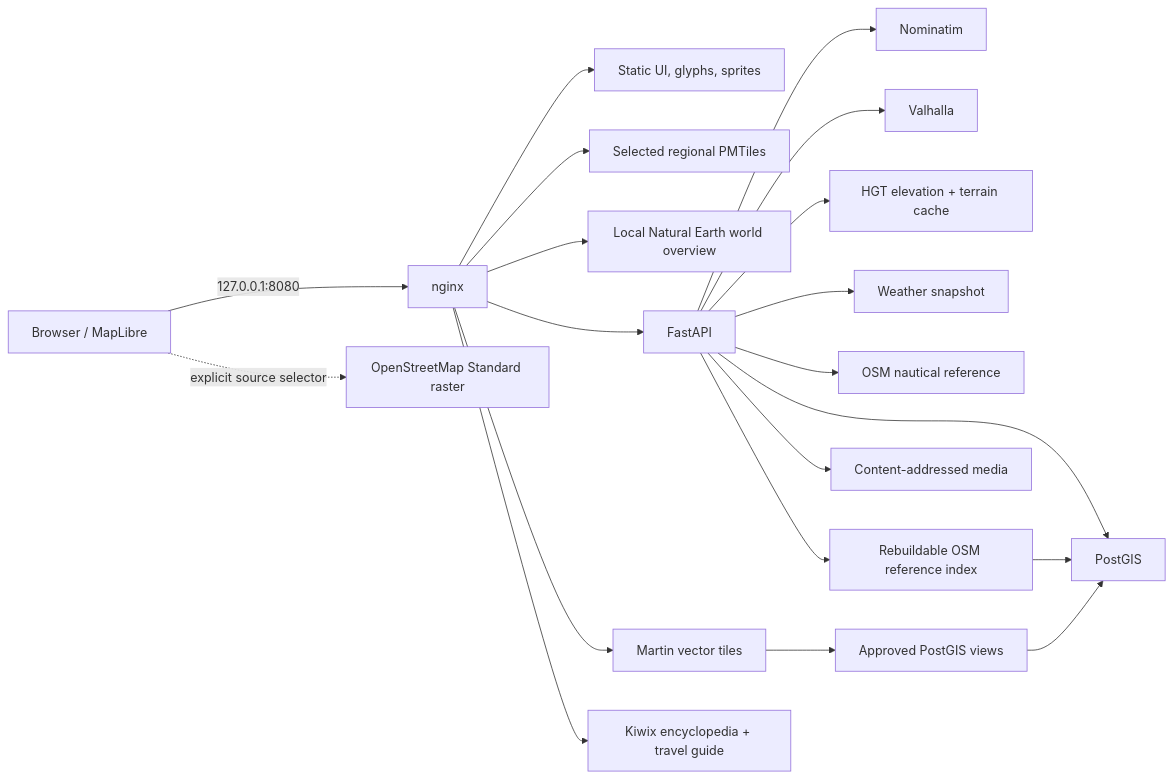
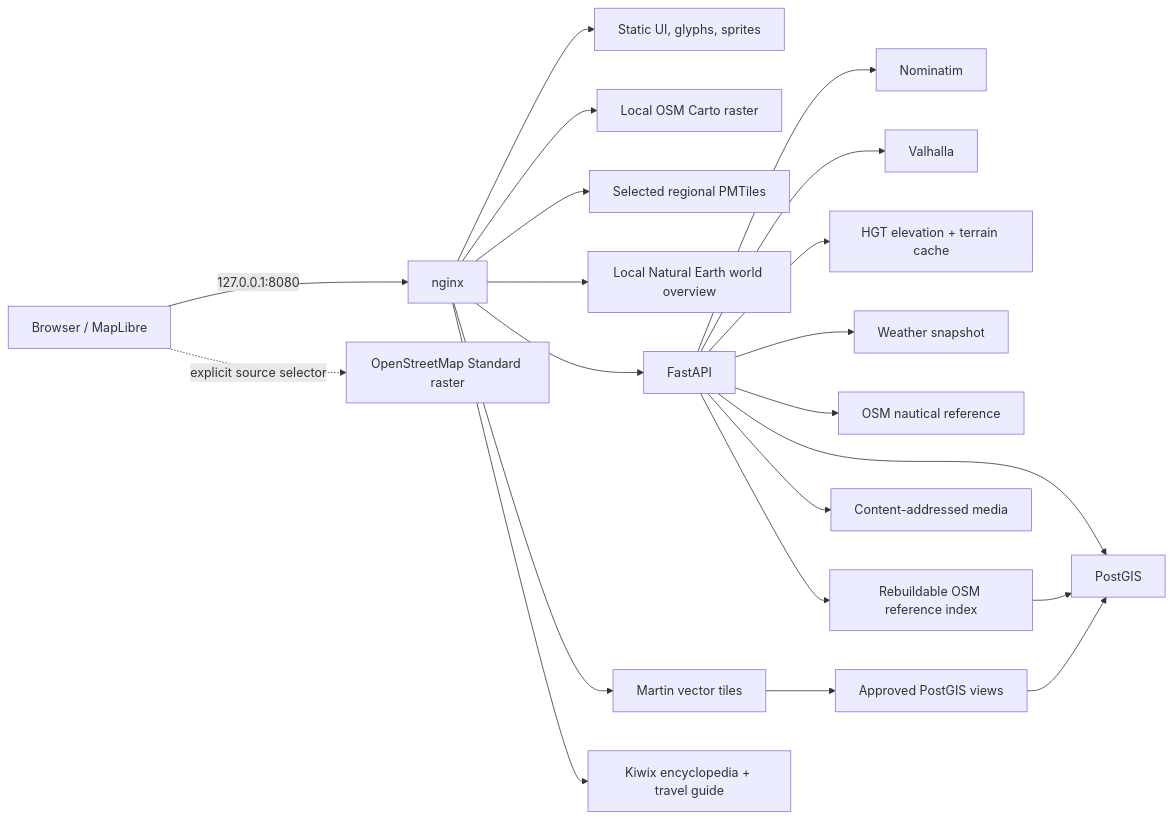
Before and after one commit to bd4rex/personal-gis: the diagram in docs/ARCHITECTURE.md, drawn with Mermaid. The commit also changed other lines of this file and 39 other files, not shown here.

````diff
--- a/docs/ARCHITECTURE.md
+++ b/docs/ARCHITECTURE.md
@@ -12,22 +14,23 @@
 ```mermaid
 flowchart LR
   Browser["Browser / MapLibre"] -->|"127.0.0.1:8080"| Nginx["nginx"]
   Nginx --> Web["Static UI, glyphs, sprites"]
+  Nginx --> Carto["Local OSM Carto raster"]
   Nginx --> PM["Selected regional PMTiles"]
   Nginx --> Overview["Local Natural Earth world overview"]
   Browser -. "explicit source selector" .-> OSMTiles["OpenStreetMap Standard raster"]
   Nginx --> API["FastAPI"]
   Nginx --> Martin["Martin vector tiles"]
   Nginx --> Kiwix["Kiwix encyclopedia + travel guide"]
   API --> PG["PostGIS"]
   API --> Nom["Nominatim"]
   API --> Val["Valhalla"]
   API --> HGT["HGT elevation + terrain cache"]
   API --> Weather["Weather snapshot"]
   API --> Nautical["OSM nautical reference"]
   API --> Search["Rebuildable OSM reference index"]
   Search --> PG
   API --> Media["Content-addressed media"]
   Martin --> Views["Approved PostGIS views"]
   Views --> PG
 ```
````
